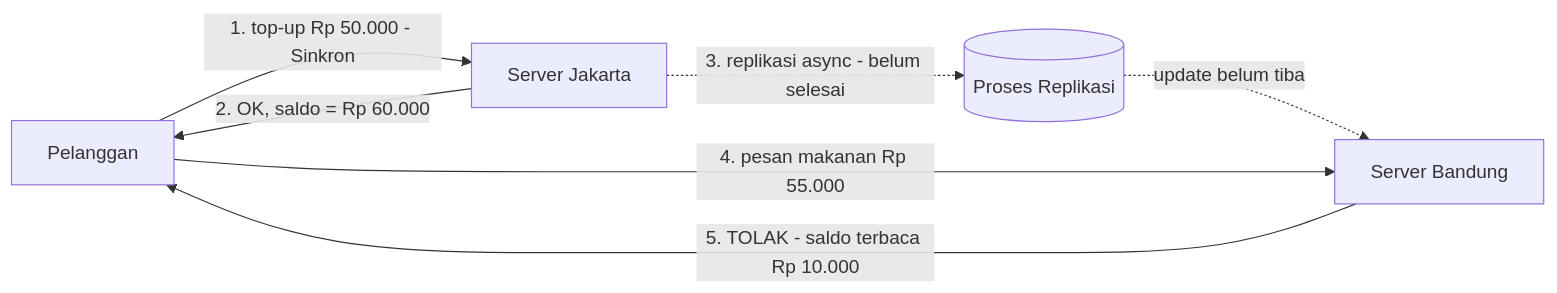
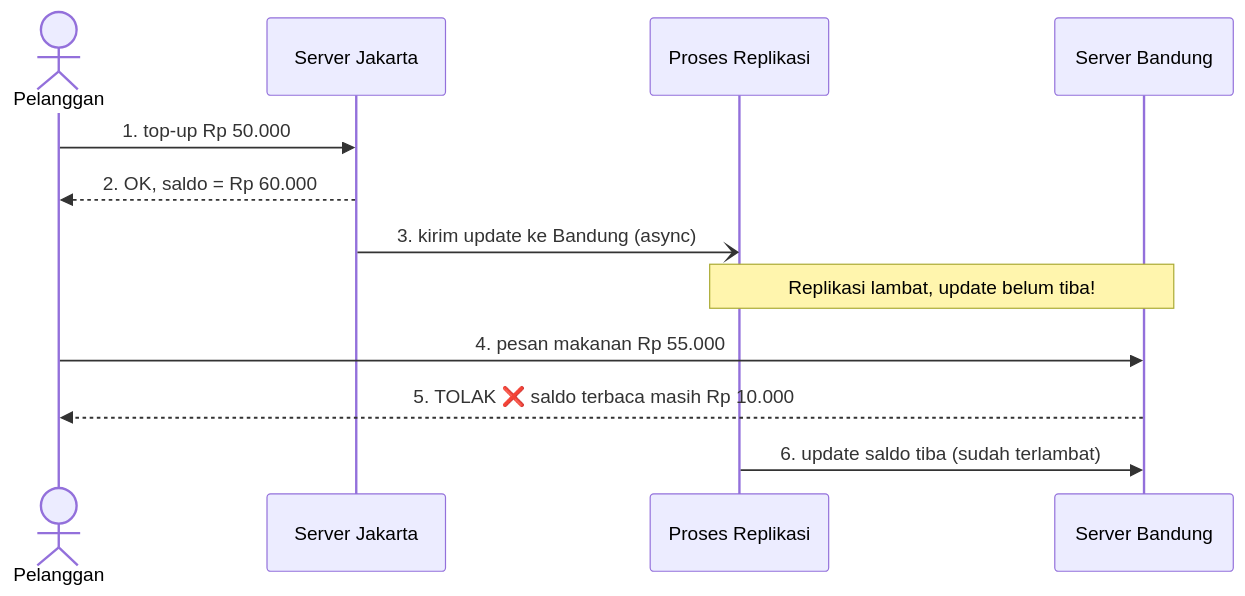
One commit to Helmizar/komputasi-awan-dan-terdistribusi changed the first of 2 diagrams in tugas-07-konsistensi-data/README.md. Above: the diagram before and after it, drawn with Mermaid. The commit also changed other lines of this file, not shown here.

````diff
--- a/tugas-07-konsistensi-data/README.md
+++ b/tugas-07-konsistensi-data/README.md
@@ -22,9 +22,15 @@
 ```mermaid
-graph LR
-  P[Pelanggan] -->|1. top-up Rp 50.000 - Sinkron| JKT[Server Jakarta]
-  JKT -->|2. OK, saldo = Rp 60.000| P
-  JKT -.->|3. replikasi async - belum selesai| REP[(Proses Replikasi)]
-  REP -.->|update belum tiba| BDG[Server Bandung]
-  P -->|4. pesan makanan Rp 55.000| BDG
-  BDG -->|5. TOLAK - saldo terbaca Rp 10.000| P
+sequenceDiagram
+    actor P as Pelanggan
+    participant JKT as Server Jakarta
+    participant REP as Proses Replikasi
+    participant BDG as Server Bandung
+
+    P->>JKT: 1. top-up Rp 50.000
+    JKT-->>P: 2. OK, saldo = Rp 60.000
+    JKT-)REP: 3. kirim update ke Bandung (async)
+    Note over REP,BDG: Replikasi lambat, update belum tiba!
+    P->>BDG: 4. pesan makanan Rp 55.000
+    BDG-->>P: 5. TOLAK ❌ saldo terbaca masih Rp 10.000
+    REP->>BDG: 6. update saldo tiba (sudah terlambat)
 ```
````
